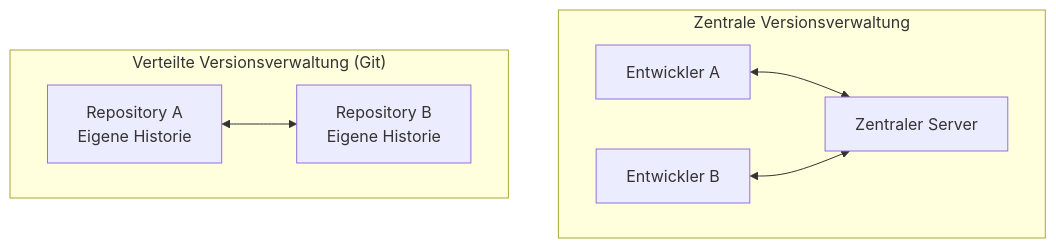
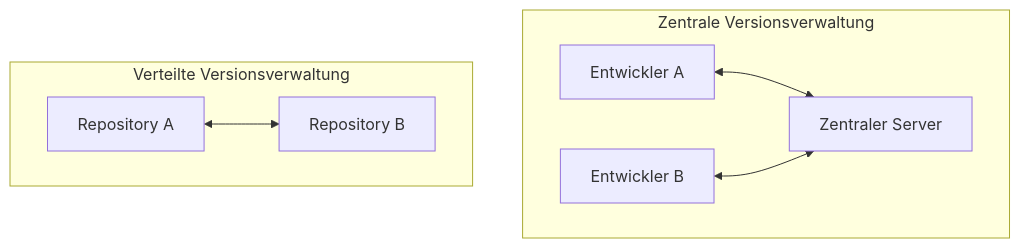
One commit to Post155/Git-Schulung changed the first of 5 diagrams in README.md. Above: the diagram before and after it, drawn with Mermaid. The commit also changed other lines of this file, not shown here.

````diff
--- a/README.md
+++ b/README.md
@@ -35,16 +37,16 @@
 ```mermaid
 flowchart TD
     subgraph Central["Zentrale Versionsverwaltung"]
         A["Zentraler Server"]
         B["Entwickler A"]
         C["Entwickler B"]
         B <--> A
         C <--> A
     end
 
-    subgraph Distributed["Verteilte Versionsverwaltung (Git)"]
-        D["Repository A<br/>Eigene Historie"]
-        E["Repository B<br/>Eigene Historie"]
+    subgraph Distributed["Verteilte Versionsverwaltung"]
+        D["Repository A"]
+        E["Repository B"]
         D <--> E
     end
 ```
````
